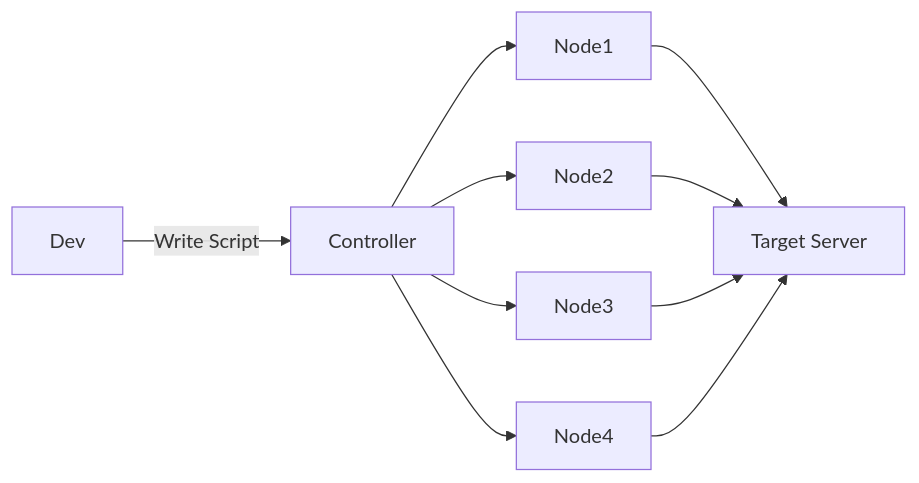
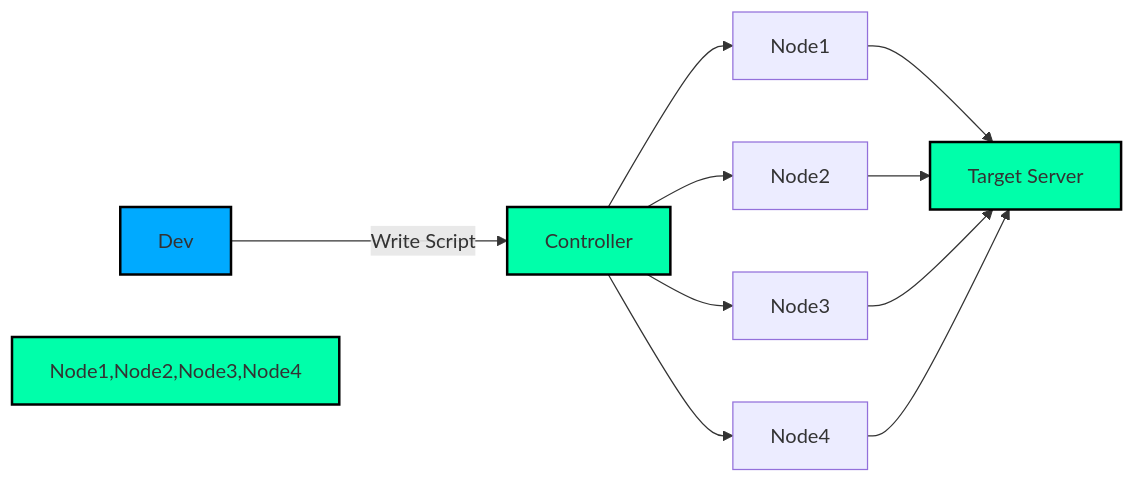
Before and after one commit to codebytes/load-testing: the diagram in slides/Slides.md, drawn with Mermaid. The commit also changed other lines of this file and 2 other files, not shown here.

```diff
--- a/slides/Slides.md
+++ b/slides/Slides.md
@@ -156,8 +128,14 @@
 <div class="mermaid">
+
 flowchart LR
+style Dev fill:#00aaff,stroke:#000000,stroke-width:2px
+style M fill:#00ffaa,stroke:#000000,stroke-width:2px
+style T fill:#00ffaa,stroke:#000000,stroke-width:2px
+style Node1,Node2,Node3,Node4 fill:#00ffaa,stroke:#000000,stroke-width:2px
 Dev --Write Script--> M[Controller]
 M-->Node1-->T[Target Server]
 M-->Node2-->T
 M-->Node3-->T
 M-->Node4-->T
+
 </div>
```
